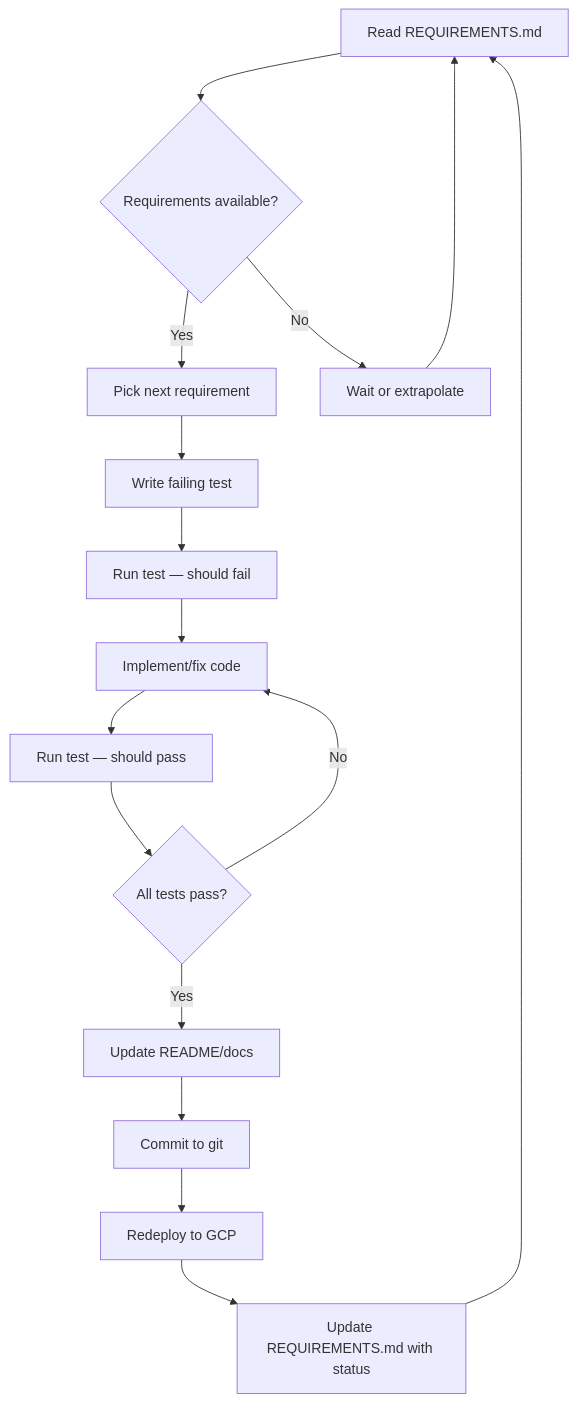
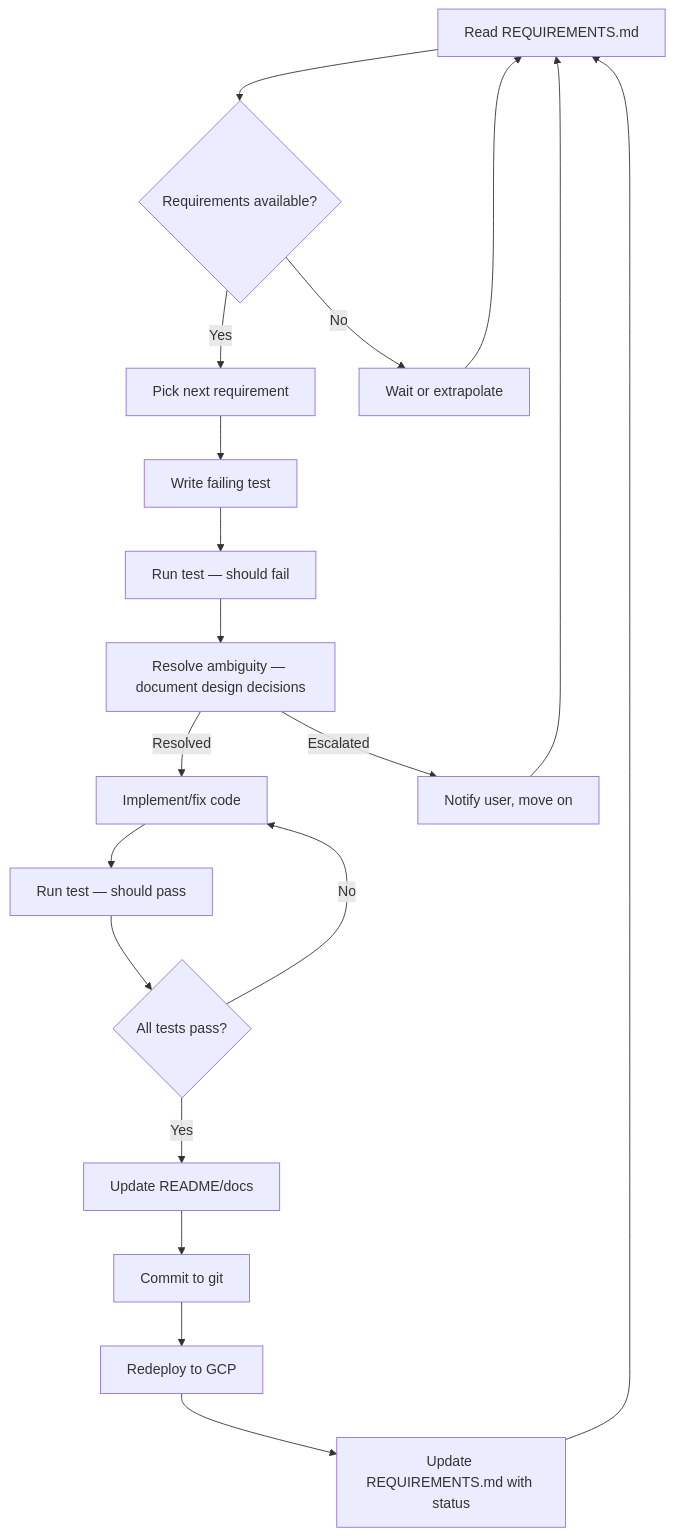
Before and after one commit to przemekpardyak/sudoku: the diagram in AUTONOMOUS_TDD_PROCESS.md, drawn with Mermaid. The commit also changed other lines of this file, not shown here.

First line of the commit message:
Add ambiguity resolution step to TDD process

````diff
--- a/AUTONOMOUS_TDD_PROCESS.md
+++ b/AUTONOMOUS_TDD_PROCESS.md
@@ -24,18 +24,21 @@
 ```mermaid
 graph TD
     A[Read REQUIREMENTS.md] --> B{Requirements available?}
     B -->|Yes| C[Pick next requirement]
     B -->|No| I[Wait or extrapolate]
     C --> D[Write failing test]
     D --> E[Run test — should fail]
-    E --> F[Implement/fix code]
+    E --> R[Resolve ambiguity — document design decisions]
+    R -->|Resolved| F[Implement/fix code]
+    R -->|Escalated| M[Notify user, move on]
+    M --> A
     F --> G[Run test — should pass]
     G --> H{All tests pass?}
     H -->|No| F
     H -->|Yes| J[Update README/docs]
     J --> K[Commit to git]
     K --> L[Redeploy to GCP]
-    L --> M[Update REQUIREMENTS.md with status]
-    M --> A
+    L --> N[Update REQUIREMENTS.md with status]
+    N --> A
     I --> A
 ```
````
